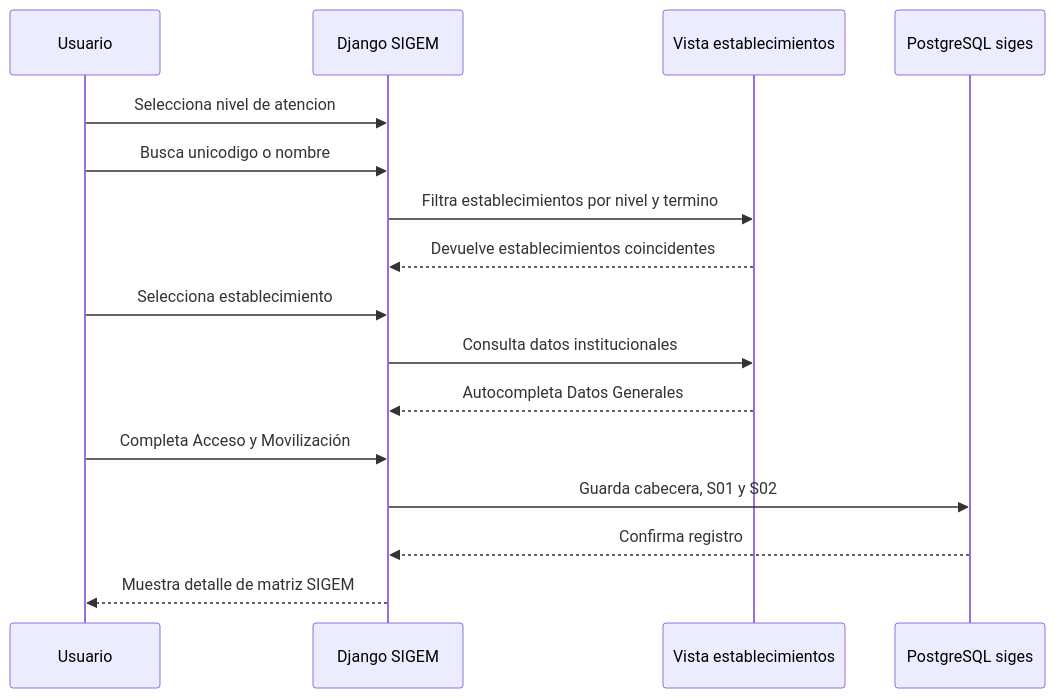
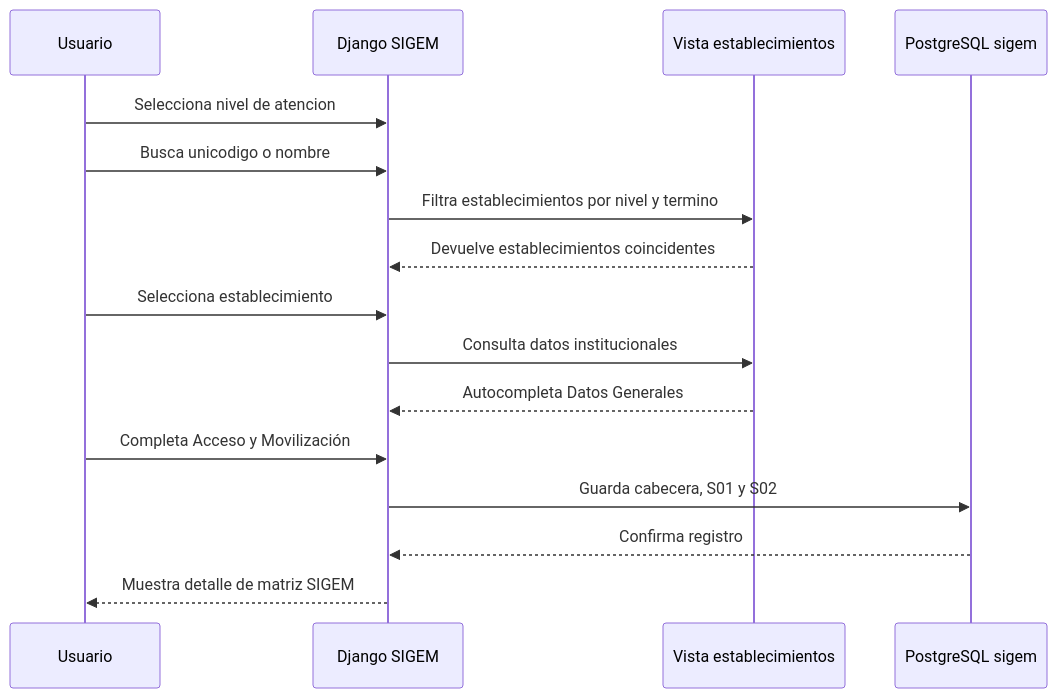
One commit to marcelochavez-ec/SIGEM changed the third of 4 diagrams in README.md. Above: the diagram before and after it, drawn with Mermaid. The commit also changed other lines of this file and 152 other files, not shown here.

````diff
--- a/README.md
+++ b/README.md
@@ -80,19 +80,19 @@
 ```mermaid
 sequenceDiagram
     participant Usuario
     participant Web as Django SIGEM
     participant Fuente as Vista establecimientos
-    participant DB as PostgreSQL siges
+    participant DB as PostgreSQL sigem
 
     Usuario->>Web: Selecciona nivel de atencion
     Usuario->>Web: Busca unicodigo o nombre
     Web->>Fuente: Filtra establecimientos por nivel y termino
     Fuente-->>Web: Devuelve establecimientos coincidentes
     Usuario->>Web: Selecciona establecimiento
     Web->>Fuente: Consulta datos institucionales
     Fuente-->>Web: Autocompleta Datos Generales
     Usuario->>Web: Completa Acceso y Movilización
     Web->>DB: Guarda cabecera, S01 y S02
     DB-->>Web: Confirma registro
     Web-->>Usuario: Muestra detalle de matriz SIGEM
 ```
````
